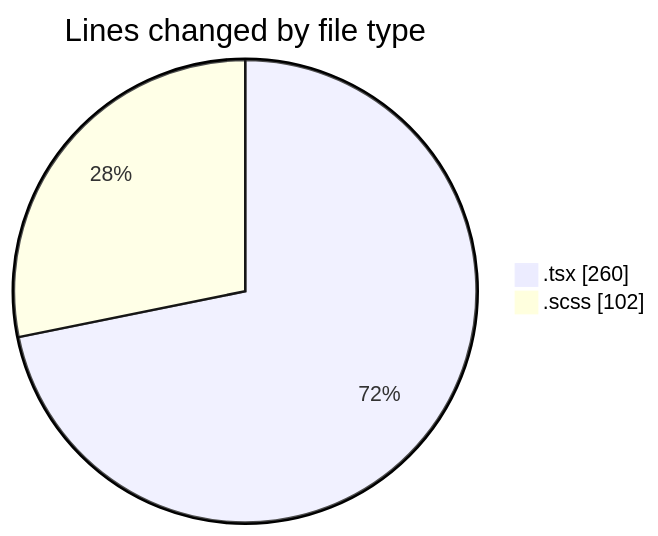
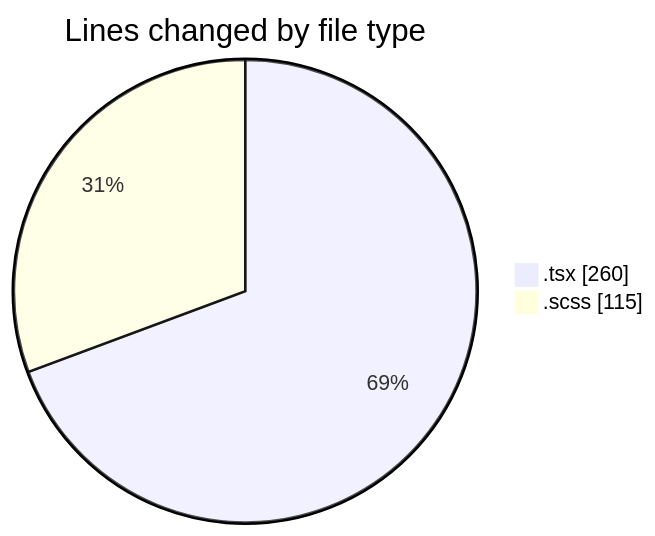
One commit to momahboobian/code-tracking changed the first of 2 diagrams in 2026-04-10/cda/README.md. Above: the diagram before and after it, drawn with Mermaid. The commit also changed other lines of this file and 1 other file, not shown here.

````diff
--- a/2026-04-10/cda/README.md
+++ b/2026-04-10/cda/README.md
@@ -22,6 +22,6 @@
 ```mermaid
 pie showData
 title Lines changed by file type
 ".tsx" : 260
-".scss" : 102
+".scss" : 115
 ```
````
